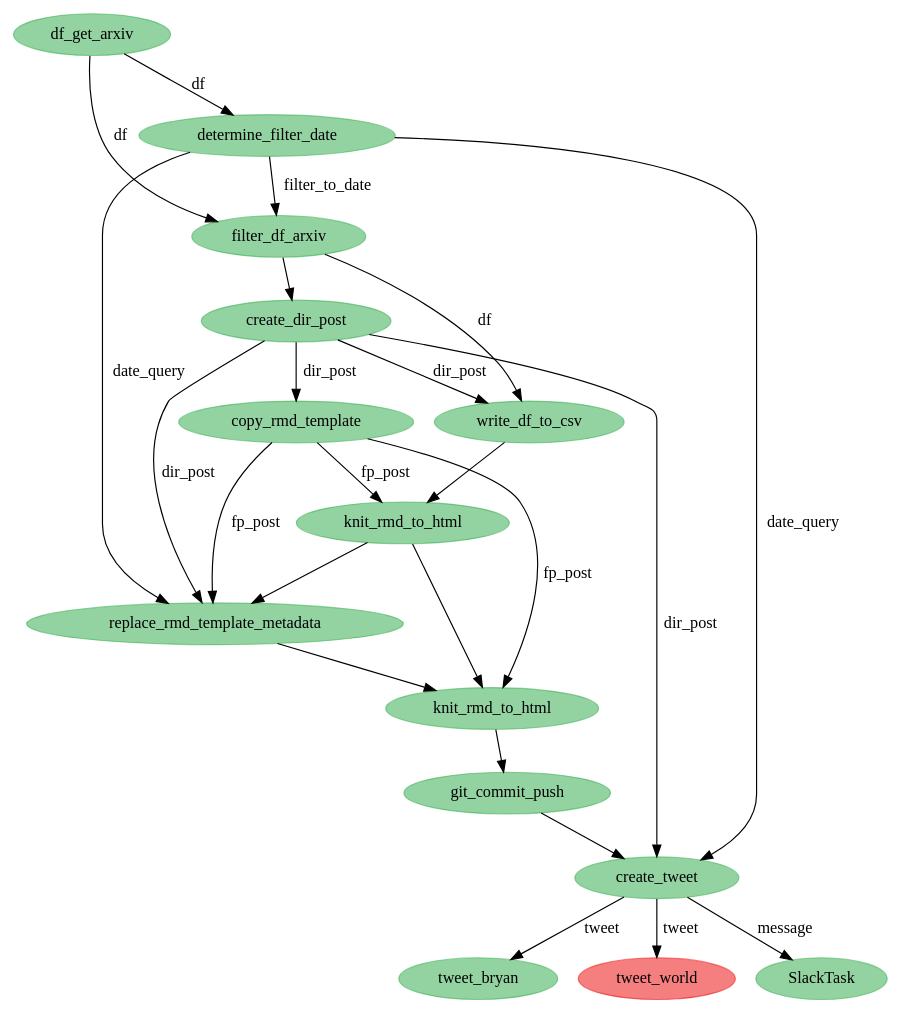
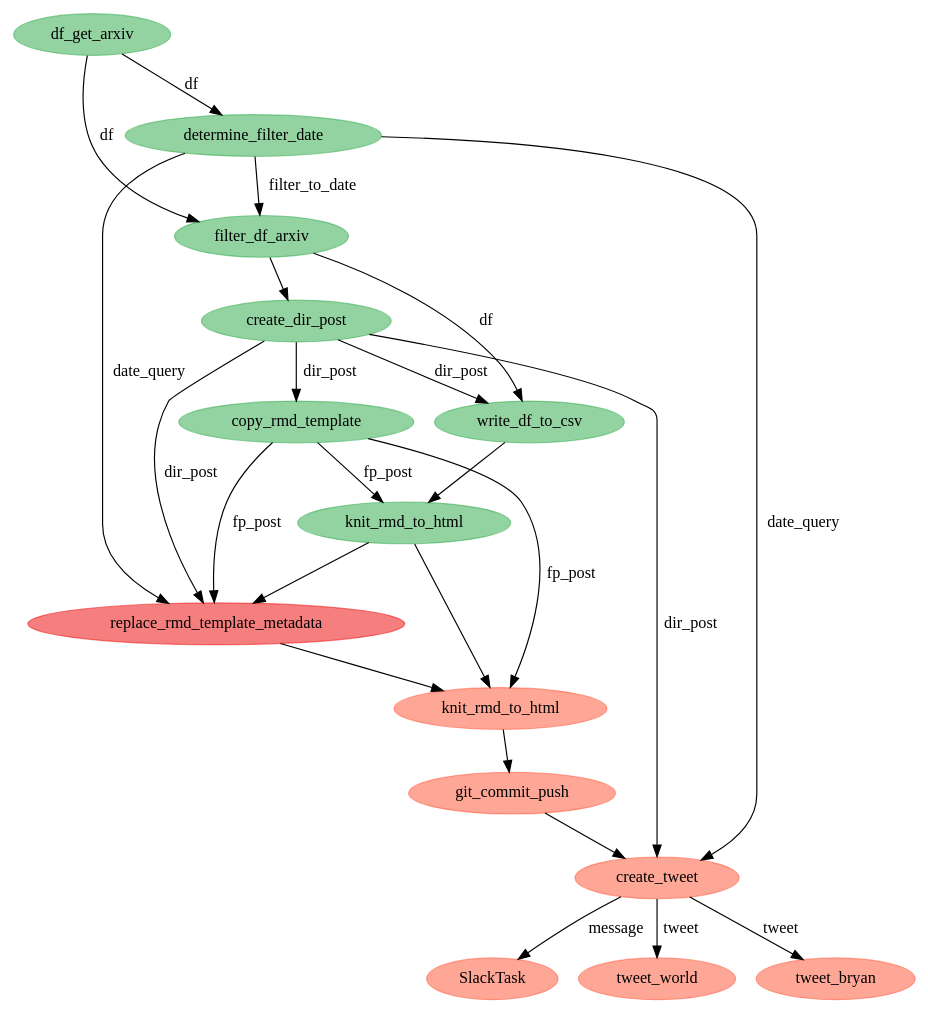
Before and after one commit to bryanwhiting/ds-arxiv: the diagram in python/state-viz.dot, drawn with Graphviz. The commit also changed 23 other files, not shown here.

```diff
--- a/python/state-viz.dot
+++ b/python/state-viz.dot
@@ -1,39 +1,39 @@
 digraph {
-	4530460368 [label=tweet_bryan color="#28a74580" colorscheme=svg shape=ellipse style=filled]
-	4530459472 [label=create_tweet color="#28a74580" colorscheme=svg shape=ellipse style=filled]
-	4530460624 [label=tweet_world color="#eb000080" colorscheme=svg shape=ellipse style=filled]
-	4530388048 [label=df_get_arxiv color="#28a74580" colorscheme=svg shape=ellipse style=filled]
-	4530388624 [label=create_dir_post color="#28a74580" colorscheme=svg shape=ellipse style=filled]
-	4530387792 [label=filter_df_arxiv color="#28a74580" colorscheme=svg shape=ellipse style=filled]
-	4530387600 [label=determine_filter_date color="#28a74580" colorscheme=svg shape=ellipse style=filled]
-	4530442448 [label=write_df_to_csv color="#28a74580" colorscheme=svg shape=ellipse style=filled]
-	4530443408 [label=copy_rmd_template color="#28a74580" colorscheme=svg shape=ellipse style=filled]
-	4530443664 [label=knit_rmd_to_html color="#28a74580" colorscheme=svg shape=ellipse style=filled]
-	4530444368 [label=replace_rmd_template_metadata color="#28a74580" colorscheme=svg shape=ellipse style=filled]
-	4530445584 [label=knit_rmd_to_html color="#28a74580" colorscheme=svg shape=ellipse style=filled]
-	4530458832 [label=git_commit_push color="#28a74580" colorscheme=svg shape=ellipse style=filled]
-	4530461008 [label=SlackTask color="#28a74580" colorscheme=svg shape=ellipse style=filled]
-	4530388048 -> 4530387792 [label=df]
-	4530387792 -> 4530442448 [label=df]
-	4530459472 -> 4530461008 [label=message]
-	4530388624 -> 4530443408 [label=dir_post]
-	4530387792 -> 4530388624
-	4530442448 -> 4530443664
-	4530443664 -> 4530444368
-	4530444368 -> 4530445584
-	4530445584 -> 4530458832
-	4530443408 -> 4530443664 [label=fp_post]
-	4530443408 -> 4530445584 [label=fp_post]
-	4530387600 -> 4530444368 [label=date_query]
-	4530387600 -> 4530459472 [label=date_query]
-	4530459472 -> 4530460368 [label=tweet]
-	4530459472 -> 4530460624 [label=tweet]
-	4530388048 -> 4530387600 [label=df]
-	4530388624 -> 4530442448 [label=dir_post]
-	4530388624 -> 4530444368 [label=dir_post]
-	4530388624 -> 4530459472 [label=dir_post]
-	4530387600 -> 4530387792 [label=filter_to_date]
-	4530443664 -> 4530445584
-	4530458832 -> 4530459472
-	4530443408 -> 4530444368 [label=fp_post]
+	4612446800 [label=SlackTask color="#ff513180" colorscheme=svg shape=ellipse style=filled]
+	4612446416 [label=tweet_world color="#ff513180" colorscheme=svg shape=ellipse style=filled]
+	4612446160 [label=tweet_bryan color="#ff513180" colorscheme=svg shape=ellipse style=filled]
+	4612373840 [label=df_get_arxiv color="#28a74580" colorscheme=svg shape=ellipse style=filled]
+	4612374416 [label=create_dir_post color="#28a74580" colorscheme=svg shape=ellipse style=filled]
+	4612373584 [label=filter_df_arxiv color="#28a74580" colorscheme=svg shape=ellipse style=filled]
+	4612373392 [label=determine_filter_date color="#28a74580" colorscheme=svg shape=ellipse style=filled]
+	4612428240 [label=write_df_to_csv color="#28a74580" colorscheme=svg shape=ellipse style=filled]
+	4612429200 [label=copy_rmd_template color="#28a74580" colorscheme=svg shape=ellipse style=filled]
+	4612429456 [label=knit_rmd_to_html color="#28a74580" colorscheme=svg shape=ellipse style=filled]
+	4612430160 [label=replace_rmd_template_metadata color="#eb000080" colorscheme=svg shape=ellipse style=filled]
+	4612431376 [label=knit_rmd_to_html color="#ff513180" colorscheme=svg shape=ellipse style=filled]
+	4612444624 [label=git_commit_push color="#ff513180" colorscheme=svg shape=ellipse style=filled]
+	4612445264 [label=create_tweet color="#ff513180" colorscheme=svg shape=ellipse style=filled]
+	4612373584 -> 4612428240 [label=df]
+	4612373840 -> 4612373584 [label=df]
+	4612374416 -> 4612429200 [label=dir_post]
+	4612429200 -> 4612431376 [label=fp_post]
+	4612429200 -> 4612429456 [label=fp_post]
+	4612445264 -> 4612446160 [label=tweet]
+	4612445264 -> 4612446416 [label=tweet]
+	4612373584 -> 4612374416
+	4612428240 -> 4612429456
+	4612429456 -> 4612430160
+	4612430160 -> 4612431376
+	4612431376 -> 4612444624
+	4612373392 -> 4612373584 [label=filter_to_date]
+	4612373840 -> 4612373392 [label=df]
+	4612374416 -> 4612428240 [label=dir_post]
+	4612374416 -> 4612430160 [label=dir_post]
+	4612374416 -> 4612445264 [label=dir_post]
+	4612429200 -> 4612430160 [label=fp_post]
+	4612373392 -> 4612430160 [label=date_query]
+	4612373392 -> 4612445264 [label=date_query]
+	4612445264 -> 4612446800 [label=message]
+	4612429456 -> 4612431376
+	4612444624 -> 4612445264
 }
```
